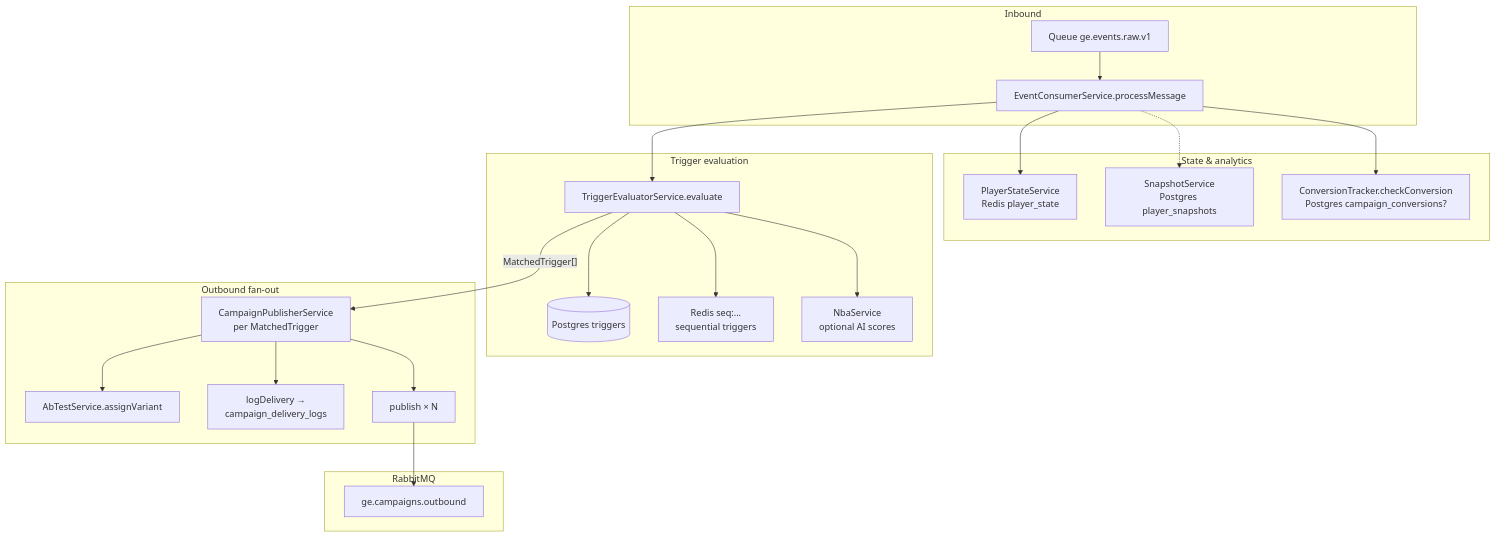
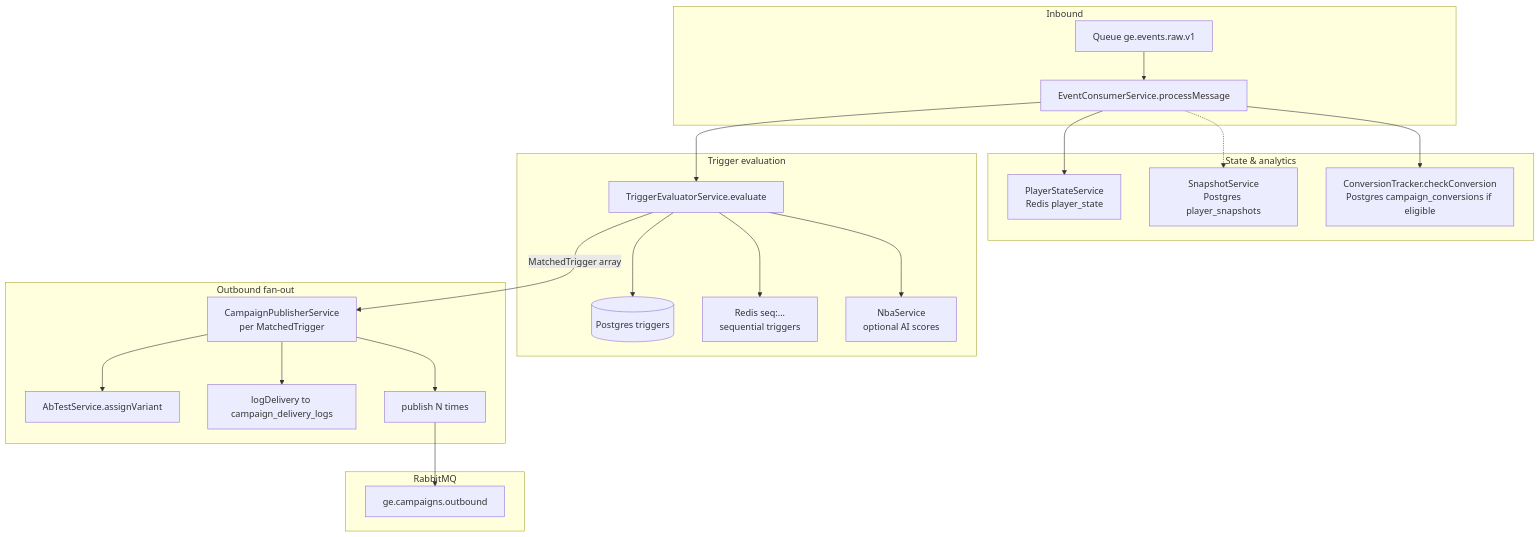
Before and after one commit to rishirathoregammasweep/Working: the second of 5 diagrams in flows/schedule-campaign.md, drawn with Mermaid. The commit also changed other lines of this file, not shown here.

First line of the commit message:
Revise terminology in schedule-campaign documentation

````diff
--- a/flows/schedule-campaign.md
+++ b/flows/schedule-campaign.md
@@ -182,45 +182,45 @@
 ```mermaid
 flowchart TB
   subgraph ingress["Inbound"]
     RAW["Queue ge.events.raw.v1"]
     EC["EventConsumerService.processMessage"]
   end
 
   subgraph state["State & analytics"]
     PS["PlayerStateService\nRedis player_state"]
     SN["SnapshotService\nPostgres player_snapshots"]
-    CV1["ConversionTracker.checkConversion\nPostgres campaign_conversions?"]
+    CV1["ConversionTracker.checkConversion\nPostgres campaign_conversions if eligible"]
   end
 
   subgraph eval["Trigger evaluation"]
     TE["TriggerEvaluatorService.evaluate"]
     TRDB[(Postgres triggers)]
     RSEQ["Redis seq:...\nsequential triggers"]
     AI["NbaService\noptional AI scores"]
   end
 
   subgraph out["Outbound fan-out"]
     CP["CampaignPublisherService\nper MatchedTrigger"]
     ABT["AbTestService.assignVariant"]
-    LOG["logDelivery →\ncampaign_delivery_logs"]
-    PUB["publish × N"]
+    LOG["logDelivery to campaign_delivery_logs"]
+    PUB["publish N times"]
   end
 
   subgraph mq["RabbitMQ"]
     OUTQ["ge.campaigns.outbound"]
   end
 
   RAW --> EC
   EC --> PS
   EC -.-> SN
   EC --> CV1
   EC --> TE
   TE --> TRDB
   TE --> RSEQ
   TE --> AI
-  TE -->|"MatchedTrigger[]"| CP
+  TE -->|"MatchedTrigger array"| CP
   CP --> ABT
   CP --> LOG
   CP --> PUB
   PUB --> OUTQ
 ```
````
